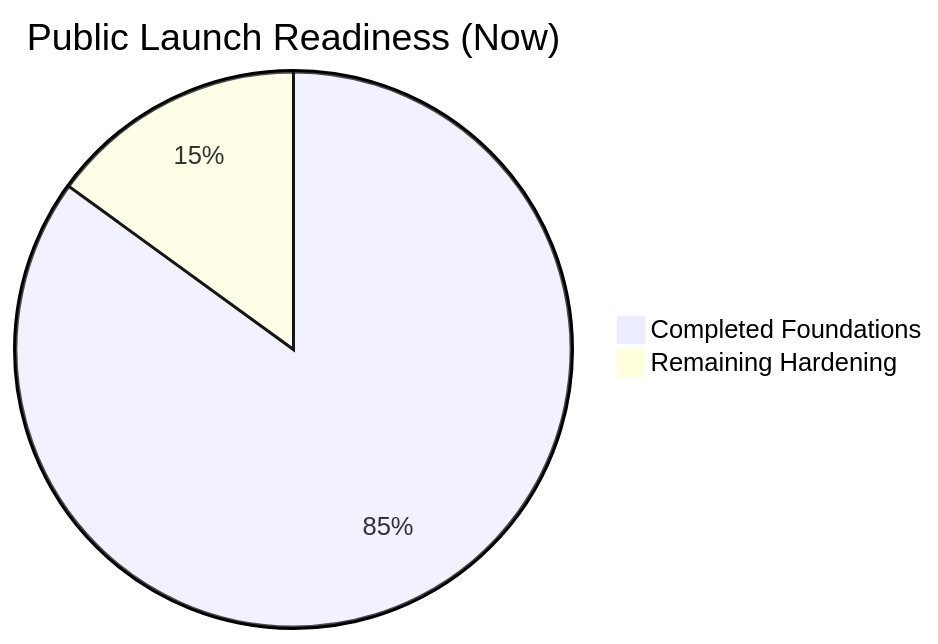
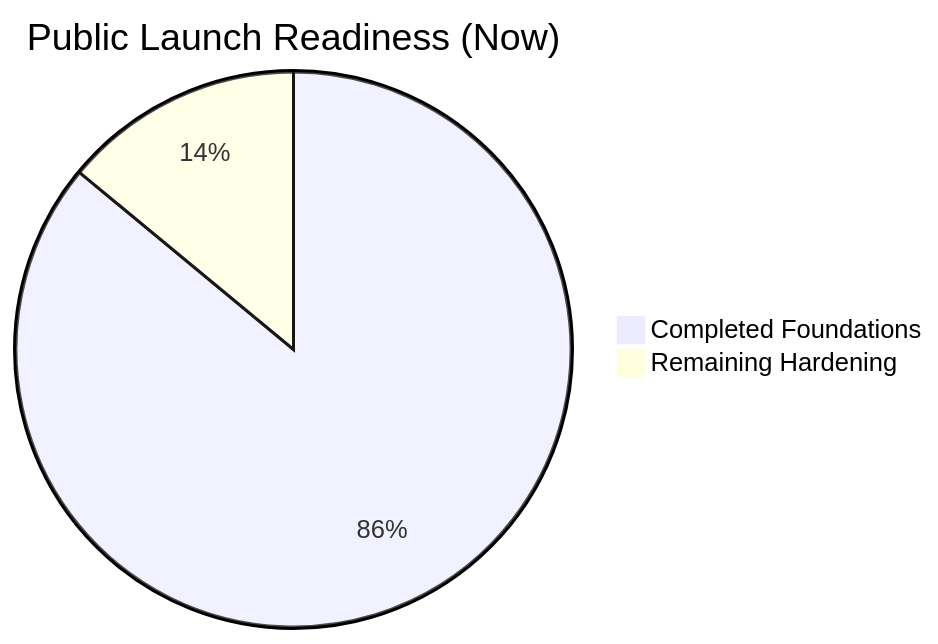
One commit to prettyinpurple2021/solo-ai changed the first of 3 diagrams in docs/reports/VISUAL_PUBLIC_LAUNCH_ROADMAP.md. Above: the diagram before and after it, drawn with Mermaid. The commit also changed other lines of this file and 4 other files, not shown here.

First line of the commit message:
security(admin): fail-closed admin email, ENABLE_ADMIN_BYPASS gate, fix client env leak, align roadmap score

````diff
--- a/docs/reports/VISUAL_PUBLIC_LAUNCH_ROADMAP.md
+++ b/docs/reports/VISUAL_PUBLIC_LAUNCH_ROADMAP.md
@@ -21,5 +21,5 @@
 ```mermaid
 pie title Public Launch Readiness (Now)
-    "Completed Foundations" : 85
-    "Remaining Hardening" : 15
+    "Completed Foundations" : 86
+    "Remaining Hardening" : 14
 ```
````
